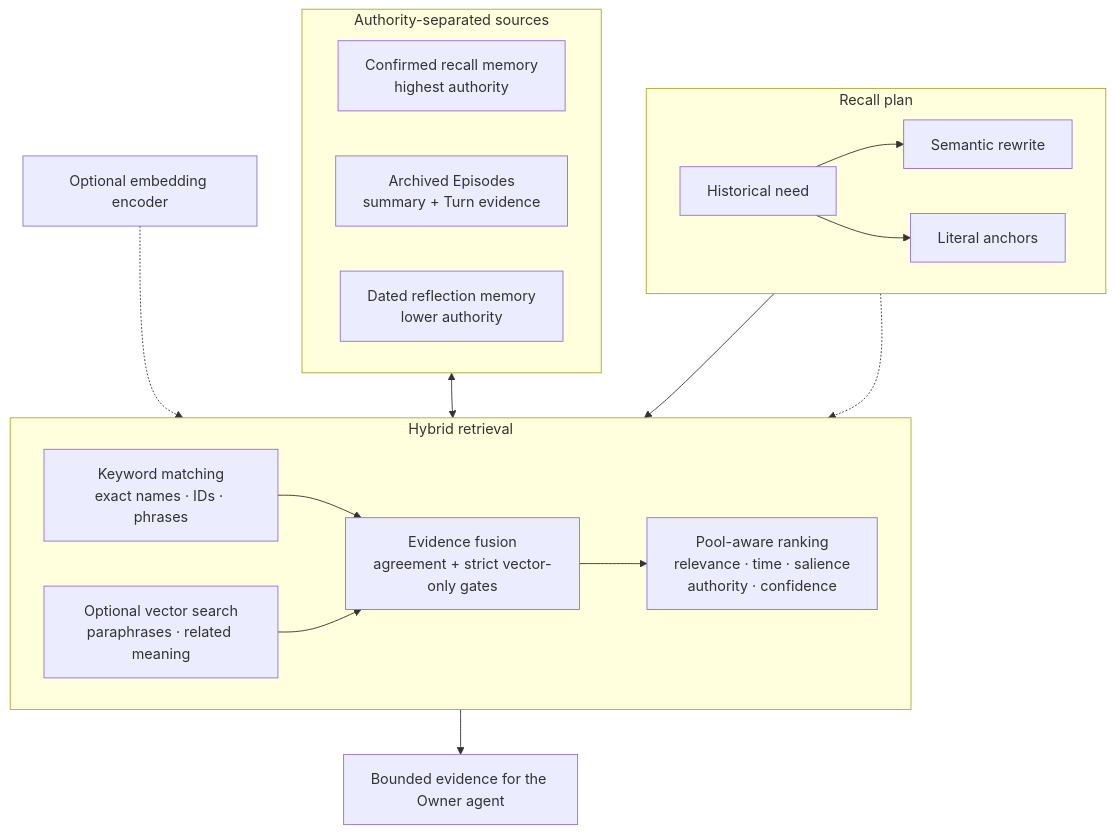
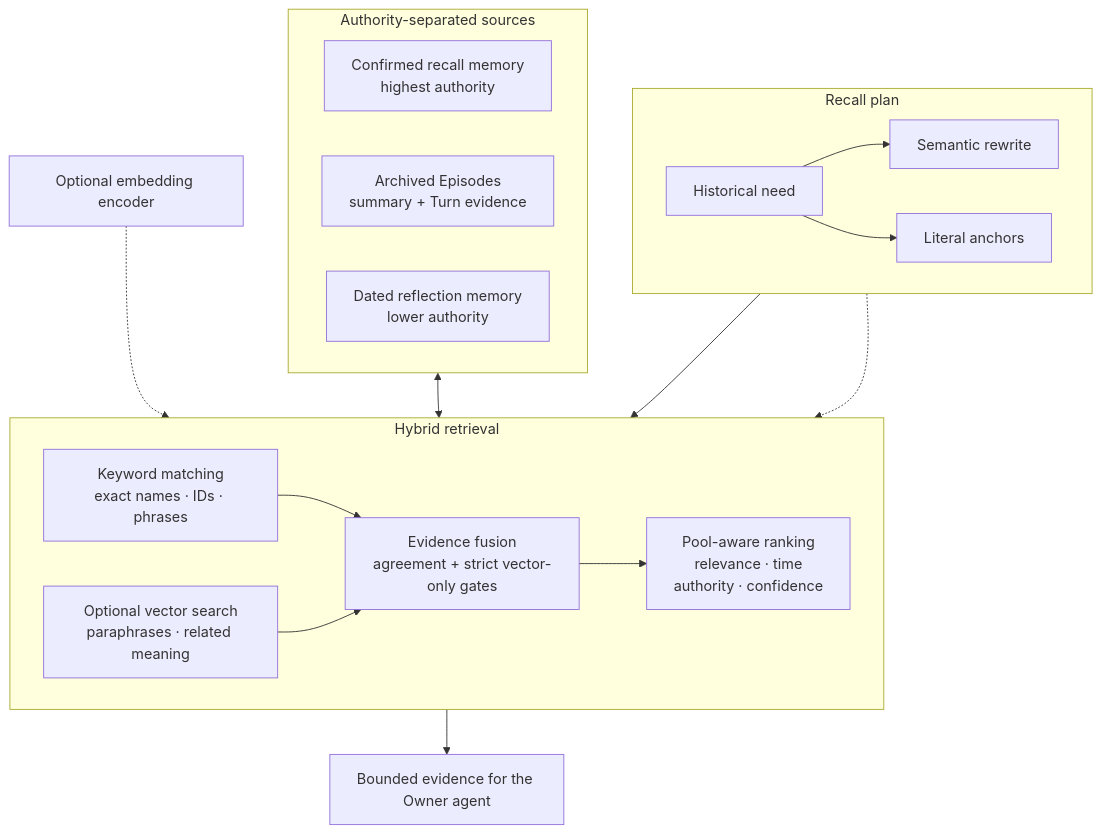
Before and after one commit to RicterZ/Momoi: the second of 2 diagrams in README.md, drawn with Mermaid. The commit also changed other lines of this file and 1 other file, not shown here.

Commit message:
docs: refresh README for planner and replyer architecture

````diff
--- a/README.md
+++ b/README.md
@@ -231,37 +228,37 @@
 ```mermaid
 flowchart TB
   subgraph request["Recall plan"]
     direction LR
     need["Historical need"]
     rewrite["Semantic rewrite"]
     anchors["Literal anchors"]
     need --> rewrite
     need --> anchors
   end
 
   subgraph retrieval["Hybrid retrieval"]
     direction LR
     keyword["Keyword matching<br/>exact names · IDs · phrases"]
     vector["Optional vector search<br/>paraphrases · related meaning"]
     fusion["Evidence fusion<br/>agreement + strict vector-only gates"]
-    ranking["Pool-aware ranking<br/>relevance · time · salience<br/>authority · confidence"]
+    ranking["Pool-aware ranking<br/>relevance · time<br/>authority · confidence"]
     keyword --> fusion
     vector --> fusion --> ranking
   end
 
   subgraph pools["Authority-separated sources"]
     direction LR
     confirmed["Confirmed recall memory<br/>highest authority"]
     episodes["Archived Episodes<br/>summary + Turn evidence"]
     reflection["Dated reflection memory<br/>lower authority"]
   end
 
   selected["Bounded evidence for the Owner agent"]
   encoder["Optional embedding encoder"]
 
   anchors --> keyword
   rewrite -.-> vector
   pools <--> retrieval
   encoder -.-> vector
   ranking --> selected
 ```
````
